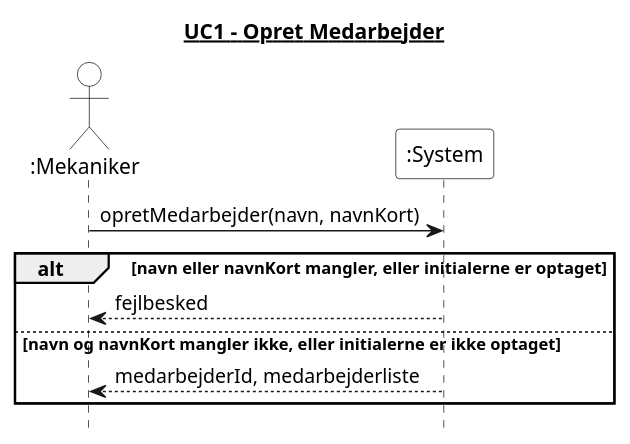
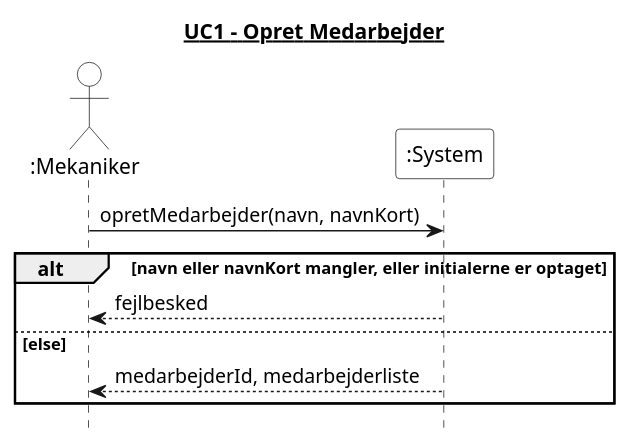
The diagram in 4. System Sekvens Diagram/UC1_opret_medarbejder.puml (Zoabz/Getting-Real), drawn with PlantUML before and after one commit. The commit also changed 7 other files, not shown here.

```diff
--- a/4. System Sekvens Diagram/UC1_opret_medarbejder.puml
+++ b/4. System Sekvens Diagram/UC1_opret_medarbejder.puml
@@ -1,25 +1,25 @@
 @startuml
 title <u>UC1 - Opret Medarbejder</u>
 hide footbox
 skinparam monochrome true
 skinparam shadowing false
 skinparam backgroundColor white
 skinparam actor {
   BackgroundColor white
 }
 skinparam participant {
   BackgroundColor white
 }
 
 actor ":Mekaniker"
 participant ":System" as System
 
 ":Mekaniker" -> System : opretMedarbejder(navn, navnKort)
 
 alt navn eller navnKort mangler, eller initialerne er optaget
   System --> ":Mekaniker" : fejlbesked
-else navn og navnKort mangler ikke, eller initialerne er ikke optaget
+else else
   System --> ":Mekaniker" : medarbejderId, medarbejderliste
 end
 
 @enduml
```
